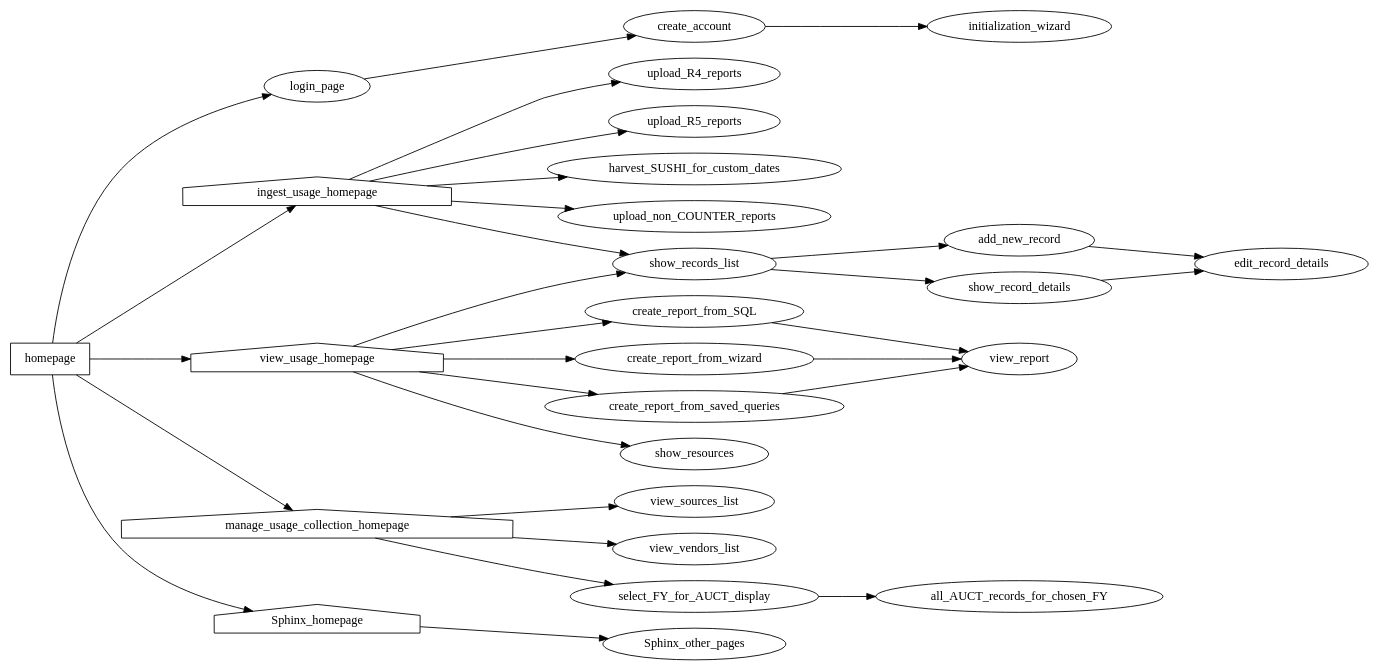
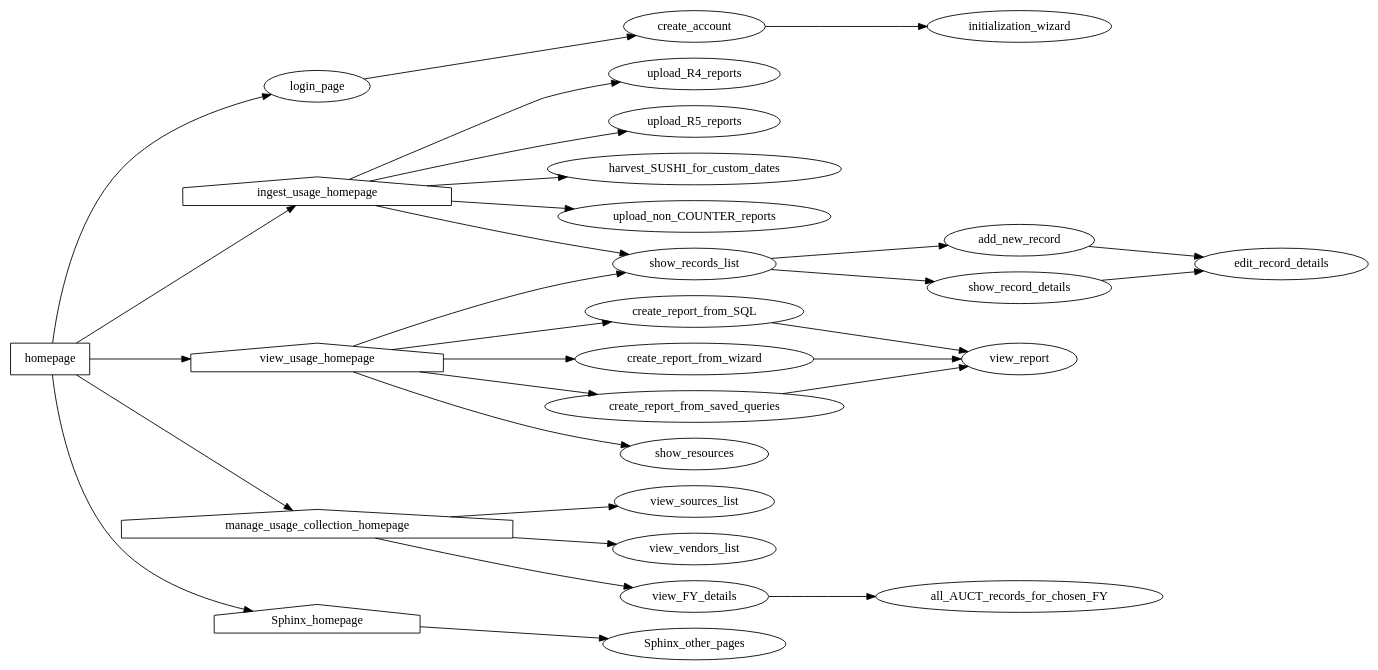
One commit to ereiskind/nolcat changed the diagram in docs/source/sitemap.dot. Above: the diagram before and after it, drawn with Graphviz. The commit also changed 4 other files, not shown here.

```diff
--- a/docs/source/sitemap.dot
+++ b/docs/source/sitemap.dot
@@ -1,96 +1,96 @@
 digraph nolcat_sitemap {
     /* *** NoLCAT SITEMAP *** */
     rankdir=LR
 
 
     /* *** Main NoLCAT Folder *** */
     homepage [shape="box"]
         homepage -> login_page
         homepage -> ingest_usage_homepage
         homepage -> manage_usage_collection_homepage
         homepage -> view_usage_homepage
         homepage -> Sphinx_homepage
     
 
     /* *** `login` Blueprint *** */
     login_page
         login_page -> create_account
     // Account creation may not be needed--a single set of credentials for each user type may be created instead
     create_account
         create_account -> initialization_wizard // Page in `ingest` section; linkage because program will request data for database initialization upon creation of first account
     // And any other pages needed for authentication
 
 
     /* *** `initialization` Blueprint *** */
     initialization_wizard
 
 
     /* *** `ingest_usage` Blueprint *** */
     ingest_usage_homepage [shape="house"]
         ingest_usage_homepage -> upload_R4_reports
         ingest_usage_homepage -> upload_R5_reports
         ingest_usage_homepage -> harvest_SUSHI_for_custom_dates
         ingest_usage_homepage -> upload_non_COUNTER_reports
     upload_R4_reports
     upload_R5_reports
     harvest_SUSHI_for_custom_dates
     upload_non_COUNTER_reports
 
 
     /* *** `annual_stats` Blueprint *** */
     manage_usage_collection_homepage [shape="house"]
         manage_usage_collection_homepage -> view_sources_list // For StatisticsSources and ResourceSources
         manage_usage_collection_homepage -> view_vendors_list
-        manage_usage_collection_homepage -> select_FY_for_AUCT_display
-    select_FY_for_AUCT_display
-        select_FY_for_AUCT_display -> all_AUCT_records_for_chosen_FY
+        manage_usage_collection_homepage -> view_FY_details // The FY for which the details will be shown is selected before going to the page
+    view_FY_details
+        view_FY_details -> all_AUCT_records_for_chosen_FY
     all_AUCT_records_for_chosen_FY
     
 
 
 
 
     /* ******************************************************************************************* */
     
 
 
     /* *** `ingest` Blueprint *** */
     ingest_usage_homepage [shape="house"]
 
         ingest_usage_homepage -> show_records_list
    
 
     /* *** `view` Blueprint *** */
     view_usage_homepage [shape="house"]
         view_usage_homepage -> create_report_from_SQL
         view_usage_homepage -> create_report_from_wizard
         view_usage_homepage -> create_report_from_saved_queries
         view_usage_homepage -> show_records_list
         view_usage_homepage -> show_resources
     show_resources // Meaning the items in the resources table
     
     // Pages for Querying and Displaying Usage Data
     create_report_from_SQL // Runs a custom SQL statement against the database
         create_report_from_SQL -> view_report
     create_report_from_wizard // GUI options are used to write SQL behind the scenes
         create_report_from_wizard -> view_report
     create_report_from_saved_queries // SQL statements that are either complete or only ask for one input for commonly asked questions
         create_report_from_saved_queries -> view_report
     view_report
 
     // Pages for Viewing, Adding, and Editing Records to a Relation
     show_records_list
         show_records_list -> add_new_record
         show_records_list -> show_record_details
     add_new_record
         add_new_record -> edit_record_details // To provide info for the new record
     show_record_details
         show_record_details -> edit_record_details
     edit_record_details // Includes adding or editing notes
 
 
     /* *** Sphinx *** */
     Sphinx_homepage [shape="house"]
         Sphinx_homepage -> Sphinx_other_pages
     Sphinx_other_pages // Use Sphinx itself for site organization
 }
```
